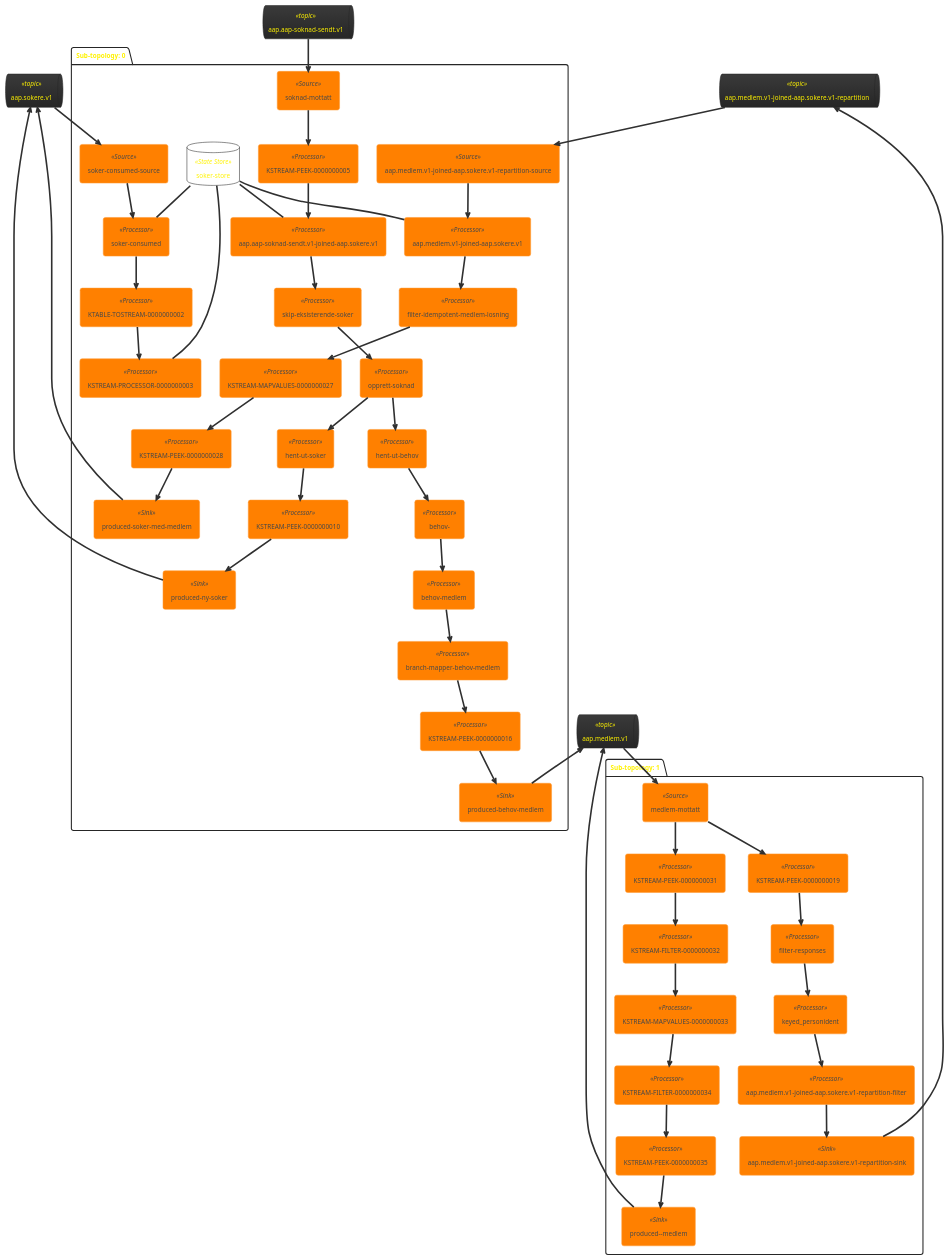
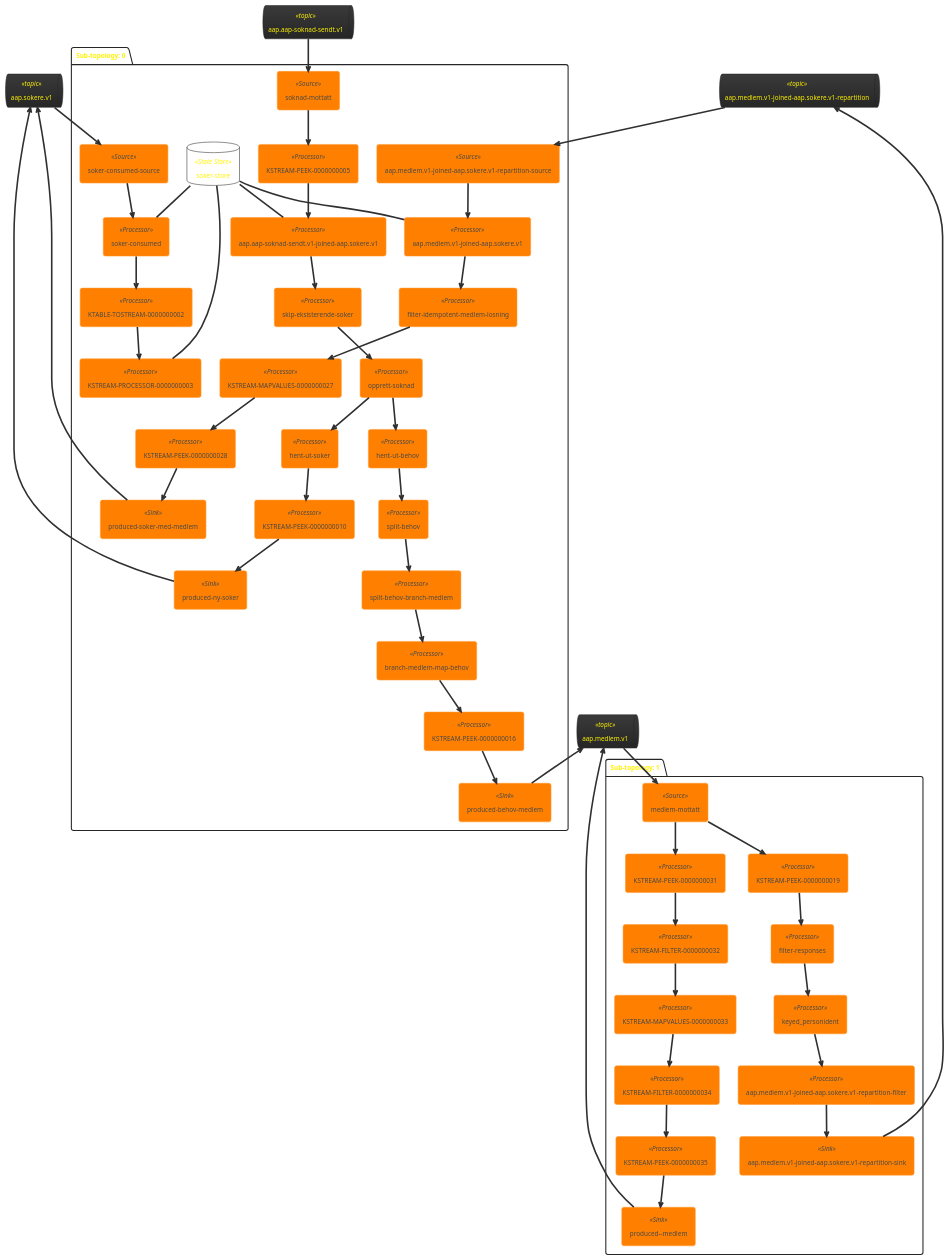
One commit to navikt/aap-vedtak changed the diagram in doc/topology.puml. Above: the diagram before and after it, drawn with PlantUML. The commit also changed 1 other file, not shown here.

```diff
--- a/doc/topology.puml
+++ b/doc/topology.puml
@@ -1,93 +1,93 @@
 @startuml
 !theme black-knight
 queue "aap.medlem.v1" <<topic>> as aap_medlem_v1
 queue "aap.sokere.v1" <<topic>> as aap_sokere_v1
 queue "aap.aap-soknad-sendt.v1" <<topic>> as aap_aap_soknad_sendt_v1
 queue "aap.medlem.v1-joined-aap.sokere.v1-repartition" <<topic>> as aap_medlem_v1_joined_aap_sokere_v1_repartition
 package "Sub-topology: 0" {
 	database "soker-store" <<State Store>> as soker_store
 	agent "soknad-mottatt" <<Source>> as soknad_mottatt
 	agent "KSTREAM-PEEK-0000000005" <<Processor>> as KSTREAM_PEEK_0000000005
 	agent "aap.aap-soknad-sendt.v1-joined-aap.sokere.v1" <<Processor>> as aap_aap_soknad_sendt_v1_joined_aap_sokere_v1
 	agent "skip-eksisterende-soker" <<Processor>> as skip_eksisterende_soker
 	agent "opprett-soknad" <<Processor>> as opprett_soknad
 	agent "aap.medlem.v1-joined-aap.sokere.v1-repartition-source" <<Source>> as aap_medlem_v1_joined_aap_sokere_v1_repartition_source
 	agent "hent-ut-behov" <<Processor>> as hent_ut_behov
 	agent "aap.medlem.v1-joined-aap.sokere.v1" <<Processor>> as aap_medlem_v1_joined_aap_sokere_v1
-	agent "behov-" <<Processor>> as behov_
-	agent "behov-medlem" <<Processor>> as behov_medlem
+	agent "split-behov" <<Processor>> as split_behov
 	agent "filter-idempotent-medlem-losning" <<Processor>> as filter_idempotent_medlem_losning
 	agent "soker-consumed-source" <<Source>> as soker_consumed_source
+	agent "split-behov-branch-medlem" <<Processor>> as split_behov_branch_medlem
 	agent "KSTREAM-MAPVALUES-0000000027" <<Processor>> as KSTREAM_MAPVALUES_0000000027
-	agent "branch-mapper-behov-medlem" <<Processor>> as branch_mapper_behov_medlem
+	agent "branch-medlem-map-behov" <<Processor>> as branch_medlem_map_behov
 	agent "hent-ut-soker" <<Processor>> as hent_ut_soker
 	agent "soker-consumed" <<Processor>> as soker_consumed
 	agent "KSTREAM-PEEK-0000000010" <<Processor>> as KSTREAM_PEEK_0000000010
 	agent "KSTREAM-PEEK-0000000016" <<Processor>> as KSTREAM_PEEK_0000000016
 	agent "KSTREAM-PEEK-0000000028" <<Processor>> as KSTREAM_PEEK_0000000028
 	agent "KTABLE-TOSTREAM-0000000002" <<Processor>> as KTABLE_TOSTREAM_0000000002
 	agent "KSTREAM-PROCESSOR-0000000003" <<Processor>> as KSTREAM_PROCESSOR_0000000003
 	agent "produced-behov-medlem" <<Sink>> as produced_behov_medlem
 	agent "produced-ny-soker" <<Sink>> as produced_ny_soker
 	agent "produced-soker-med-medlem" <<Sink>> as produced_soker_med_medlem
 	aap_aap_soknad_sendt_v1 --> soknad_mottatt
 	soker_store -- aap_aap_soknad_sendt_v1_joined_aap_sokere_v1
 	aap_medlem_v1_joined_aap_sokere_v1_repartition --> aap_medlem_v1_joined_aap_sokere_v1_repartition_source
 	soker_store -- aap_medlem_v1_joined_aap_sokere_v1
 	aap_sokere_v1 --> soker_consumed_source
 	soker_store -- soker_consumed
 	soker_store -- KSTREAM_PROCESSOR_0000000003
 	aap_medlem_v1 <-- produced_behov_medlem
 	aap_sokere_v1 <-- produced_ny_soker
 	aap_sokere_v1 <-- produced_soker_med_medlem
 	soknad_mottatt --> KSTREAM_PEEK_0000000005
 	KSTREAM_PEEK_0000000005 --> aap_aap_soknad_sendt_v1_joined_aap_sokere_v1
 	aap_aap_soknad_sendt_v1_joined_aap_sokere_v1 --> skip_eksisterende_soker
 	skip_eksisterende_soker --> opprett_soknad
+	opprett_soknad --> hent_ut_behov
 	opprett_soknad --> hent_ut_soker
-	opprett_soknad --> hent_ut_behov
 	aap_medlem_v1_joined_aap_sokere_v1_repartition_source --> aap_medlem_v1_joined_aap_sokere_v1
-	hent_ut_behov --> behov_
+	hent_ut_behov --> split_behov
 	aap_medlem_v1_joined_aap_sokere_v1 --> filter_idempotent_medlem_losning
-	behov_ --> behov_medlem
-	behov_medlem --> branch_mapper_behov_medlem
+	split_behov --> split_behov_branch_medlem
 	filter_idempotent_medlem_losning --> KSTREAM_MAPVALUES_0000000027
 	soker_consumed_source --> soker_consumed
+	split_behov_branch_medlem --> branch_medlem_map_behov
 	KSTREAM_MAPVALUES_0000000027 --> KSTREAM_PEEK_0000000028
-	branch_mapper_behov_medlem --> KSTREAM_PEEK_0000000016
+	branch_medlem_map_behov --> KSTREAM_PEEK_0000000016
 	hent_ut_soker --> KSTREAM_PEEK_0000000010
 	soker_consumed --> KTABLE_TOSTREAM_0000000002
 	KSTREAM_PEEK_0000000010 --> produced_ny_soker
 	KSTREAM_PEEK_0000000016 --> produced_behov_medlem
 	KSTREAM_PEEK_0000000028 --> produced_soker_med_medlem
 	KTABLE_TOSTREAM_0000000002 --> KSTREAM_PROCESSOR_0000000003
 }
 package "Sub-topology: 1" {
 	agent "medlem-mottatt" <<Source>> as medlem_mottatt
 	agent "KSTREAM-PEEK-0000000031" <<Processor>> as KSTREAM_PEEK_0000000031
 	agent "KSTREAM-FILTER-0000000032" <<Processor>> as KSTREAM_FILTER_0000000032
 	agent "KSTREAM-PEEK-0000000019" <<Processor>> as KSTREAM_PEEK_0000000019
 	agent "KSTREAM-MAPVALUES-0000000033" <<Processor>> as KSTREAM_MAPVALUES_0000000033
 	agent "filter-responses" <<Processor>> as filter_responses
 	agent "KSTREAM-FILTER-0000000034" <<Processor>> as KSTREAM_FILTER_0000000034
 	agent "keyed_personident" <<Processor>> as keyed_personident
 	agent "KSTREAM-PEEK-0000000035" <<Processor>> as KSTREAM_PEEK_0000000035
 	agent "aap.medlem.v1-joined-aap.sokere.v1-repartition-filter" <<Processor>> as aap_medlem_v1_joined_aap_sokere_v1_repartition_filter
 	agent "aap.medlem.v1-joined-aap.sokere.v1-repartition-sink" <<Sink>> as aap_medlem_v1_joined_aap_sokere_v1_repartition_sink
 	agent "produced--medlem" <<Sink>> as produced__medlem
 	aap_medlem_v1 --> medlem_mottatt
 	aap_medlem_v1_joined_aap_sokere_v1_repartition <-- aap_medlem_v1_joined_aap_sokere_v1_repartition_sink
 	aap_medlem_v1 <-- produced__medlem
 	medlem_mottatt --> KSTREAM_PEEK_0000000031
 	medlem_mottatt --> KSTREAM_PEEK_0000000019
 	KSTREAM_PEEK_0000000031 --> KSTREAM_FILTER_0000000032
 	KSTREAM_FILTER_0000000032 --> KSTREAM_MAPVALUES_0000000033
 	KSTREAM_PEEK_0000000019 --> filter_responses
 	KSTREAM_MAPVALUES_0000000033 --> KSTREAM_FILTER_0000000034
 	filter_responses --> keyed_personident
 	KSTREAM_FILTER_0000000034 --> KSTREAM_PEEK_0000000035
 	keyed_personident --> aap_medlem_v1_joined_aap_sokere_v1_repartition_filter
 	KSTREAM_PEEK_0000000035 --> produced__medlem
 	aap_medlem_v1_joined_aap_sokere_v1_repartition_filter --> aap_medlem_v1_joined_aap_sokere_v1_repartition_sink
 }
 @enduml
```
